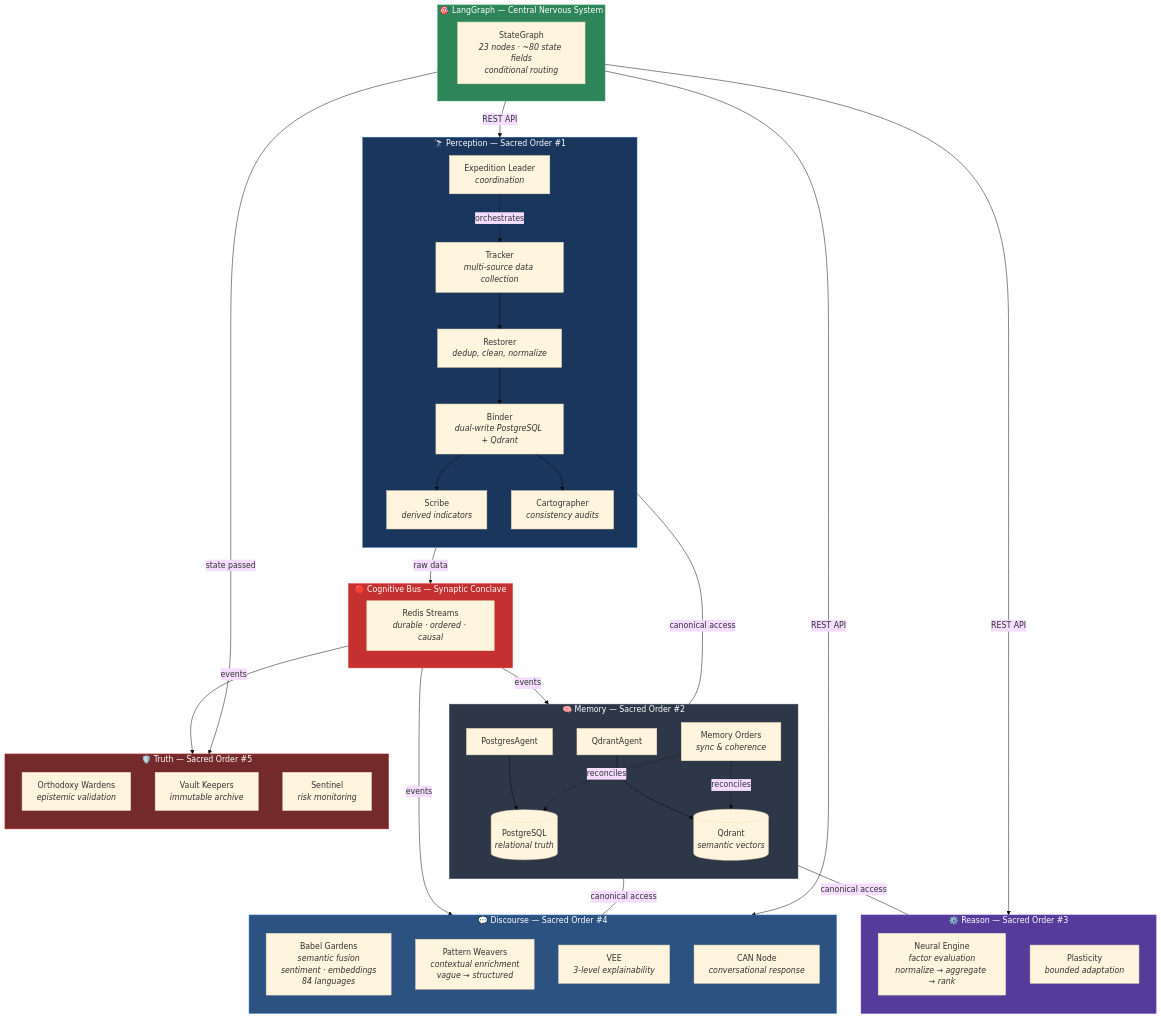
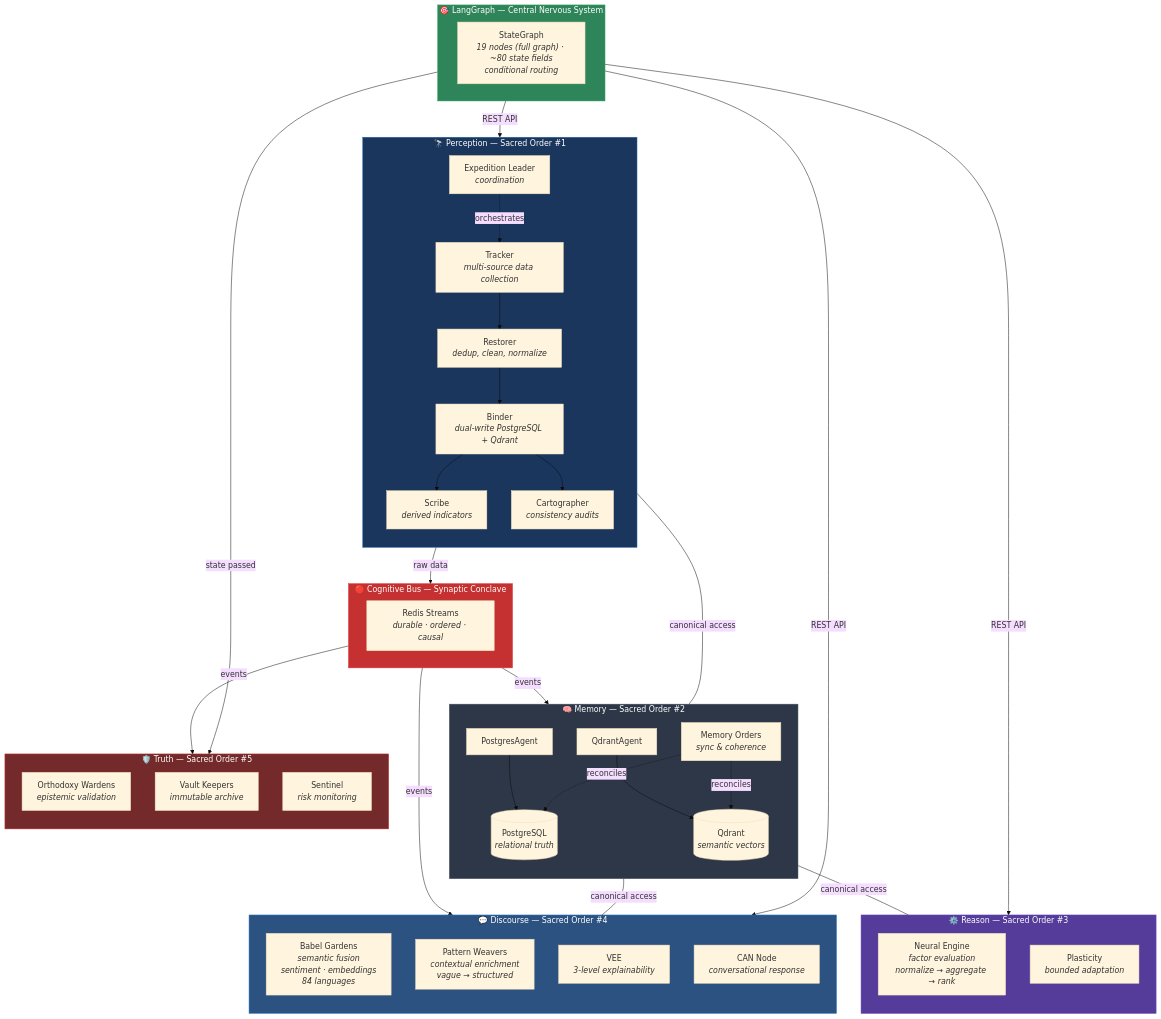
The first of 2 diagrams in docs/foundational/VITRUVYAN_OVERVIEW.md (vitruvyan/vitruvyan-core), drawn with Mermaid (base theme) before and after one commit. The commit also changed other lines of this file and 15 other files, not shown here.

```diff
--- a/docs/foundational/VITRUVYAN_OVERVIEW.md
+++ b/docs/foundational/VITRUVYAN_OVERVIEW.md
@@ -73,7 +75,7 @@
 
     subgraph ORCHESTRATION["🎯 LangGraph — Central Nervous System"]
         direction LR
-        GRAPH["StateGraph<br/><i>23 nodes · ~80 state fields<br/>conditional routing</i>"]
+        GRAPH["StateGraph<br/><i>19 nodes (full graph) · ~80 state fields<br/>conditional routing</i>"]
     end
 
     %% Data flows
```
